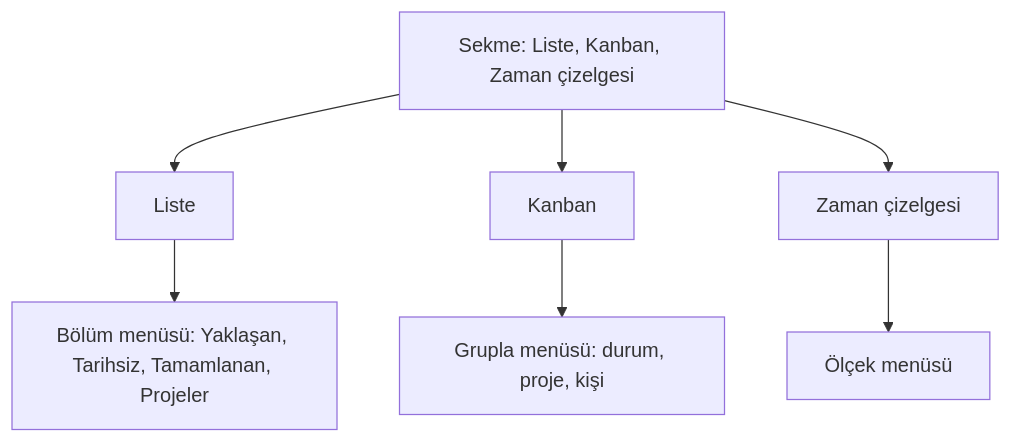
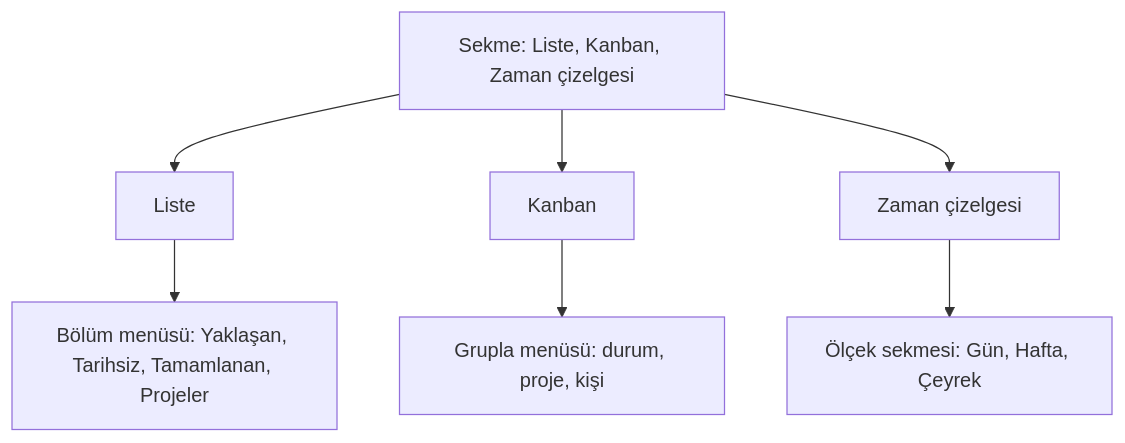
One commit to dogancanyildiz/kenet changed diagram 11 of 19 in docs/screens.md. Above: the diagram before and after it, drawn with Mermaid. The commit also changed other lines of this file and 3 other files, not shown here.

````diff
--- a/docs/screens.md
+++ b/docs/screens.md
@@ -651,9 +673,9 @@
 ```mermaid
 flowchart TD
     Sekme[Sekme: Liste, Kanban, Zaman çizelgesi] --> Liste[Liste]
     Sekme --> Kanban[Kanban]
     Sekme --> Cizelge[Zaman çizelgesi]
     Liste --> Bolum[Bölüm menüsü: Yaklaşan, Tarihsiz, Tamamlanan, Projeler]
     Kanban --> Grupla[Grupla menüsü: durum, proje, kişi]
-    Cizelge --> Olcek[Ölçek menüsü]
+    Cizelge --> Olcek[Ölçek sekmesi: Gün, Hafta, Çeyrek]
 ```
````
